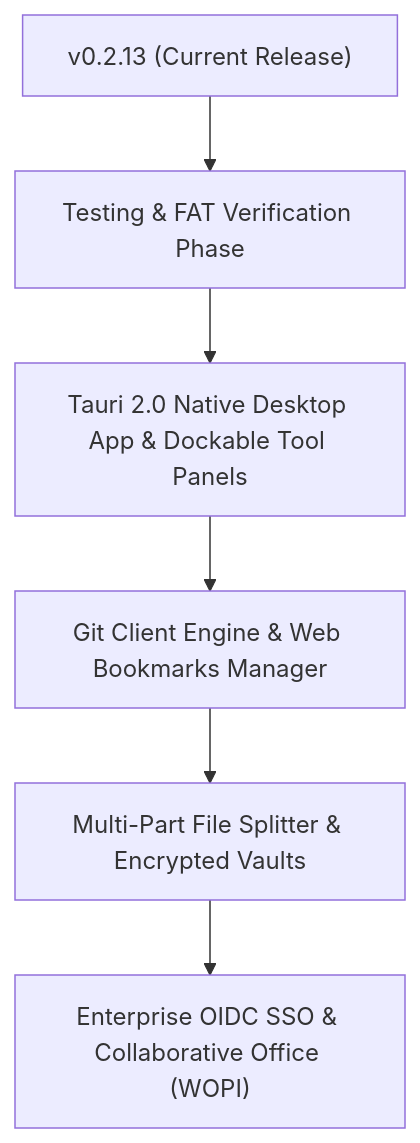
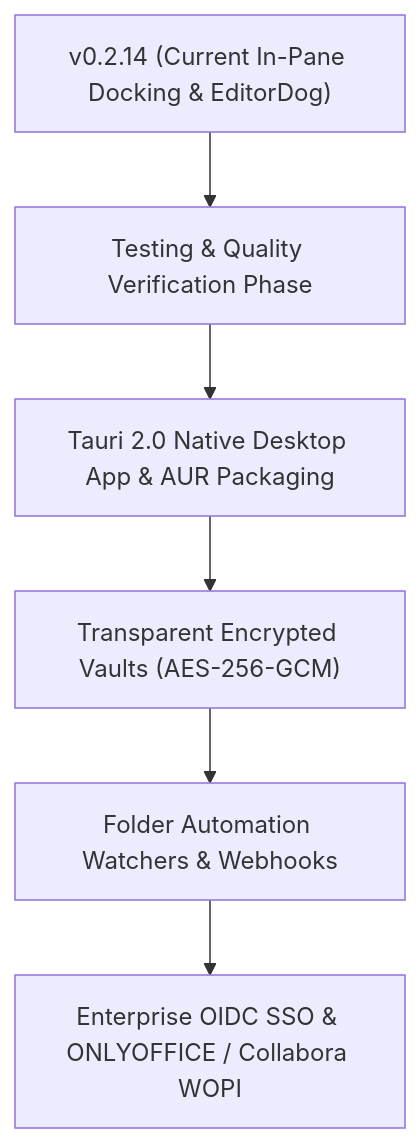
Before and after one commit to Woofson/commanderdog: the diagram in ROADMAP.md, drawn with Mermaid. The commit also changed other lines of this file and 8 other files, not shown here.

First line of the commit message:
feat(v0.2.14): in-pane tool docking, EditorDog mobile touch sheet & full calculator parity

````diff
--- a/ROADMAP.md
+++ b/ROADMAP.md
@@ -69,8 +68,8 @@
 ```mermaid
 graph TD
-    A["v0.2.13 (Current Release)"] --> B["Testing & FAT Verification Phase"]
-    B --> C["Tauri 2.0 Native Desktop App & Dockable Tool Panels"]
-    C --> D["Git Client Engine & Web Bookmarks Manager"]
-    D --> E["Multi-Part File Splitter & Encrypted Vaults"]
-    E --> F["Enterprise OIDC SSO & Collaborative Office (WOPI)"]
+    A["v0.2.14 (Current In-Pane Docking & EditorDog)"] --> B["Testing & Quality Verification Phase"]
+    B --> C["Tauri 2.0 Native Desktop App & AUR Packaging"]
+    C --> D["Transparent Encrypted Vaults (AES-256-GCM)"]
+    D --> E["Folder Automation Watchers & Webhooks"]
+    E --> F["Enterprise OIDC SSO & ONLYOFFICE / Collabora WOPI"]
 ```
````
